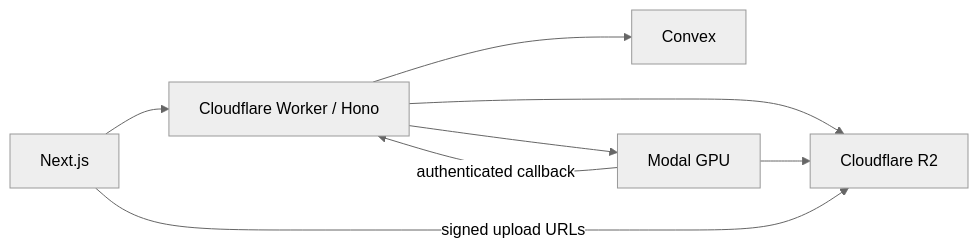
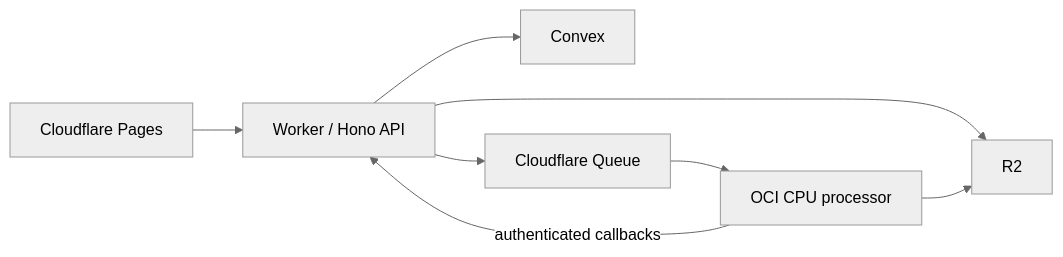
The diagram in README.md (maybemnv/GrabPic), drawn with Mermaid (neutral theme) before and after one commit. The commit also changed other lines of this file and 54 other files, not shown here.

Commit message:
feat(deploy): prepare Pages and OCI processor migration

````diff
--- a/README.md
+++ b/README.md
@@ -8,10 +7,10 @@
 ```mermaid
 flowchart LR
-  WEB[Next.js] --> API[Cloudflare Worker / Hono]
-  API --> CV[Convex]
-  API --> R2[Cloudflare R2]
-  API --> MODAL[Modal GPU]
-  MODAL --> R2
-  MODAL -->|authenticated callback| API
-  WEB -->|signed upload URLs| R2
+  Pages[Cloudflare Pages] --> Worker[Worker / Hono API]
+  Worker --> Convex
+  Worker --> R2
+  Worker --> Queue[Cloudflare Queue]
+  Queue --> OCI[OCI CPU processor]
+  OCI --> R2
+  OCI -->|authenticated callbacks| Worker
 ```
````
